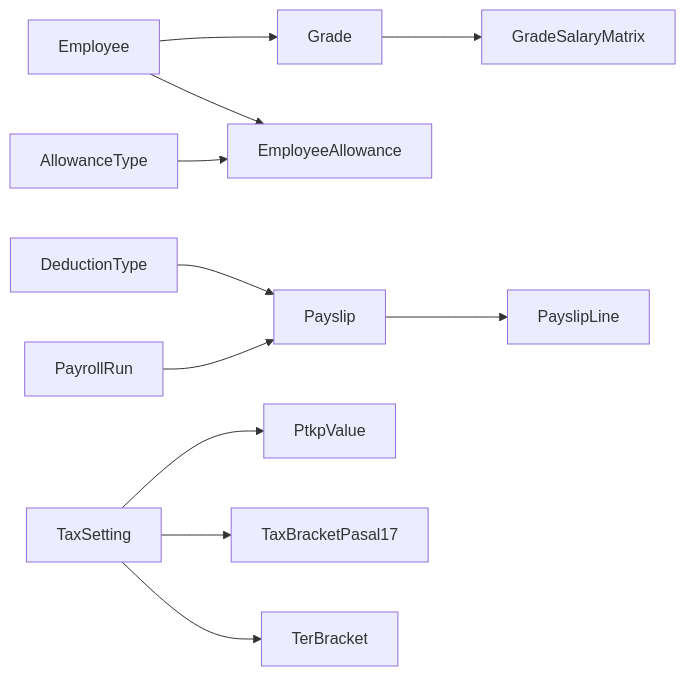
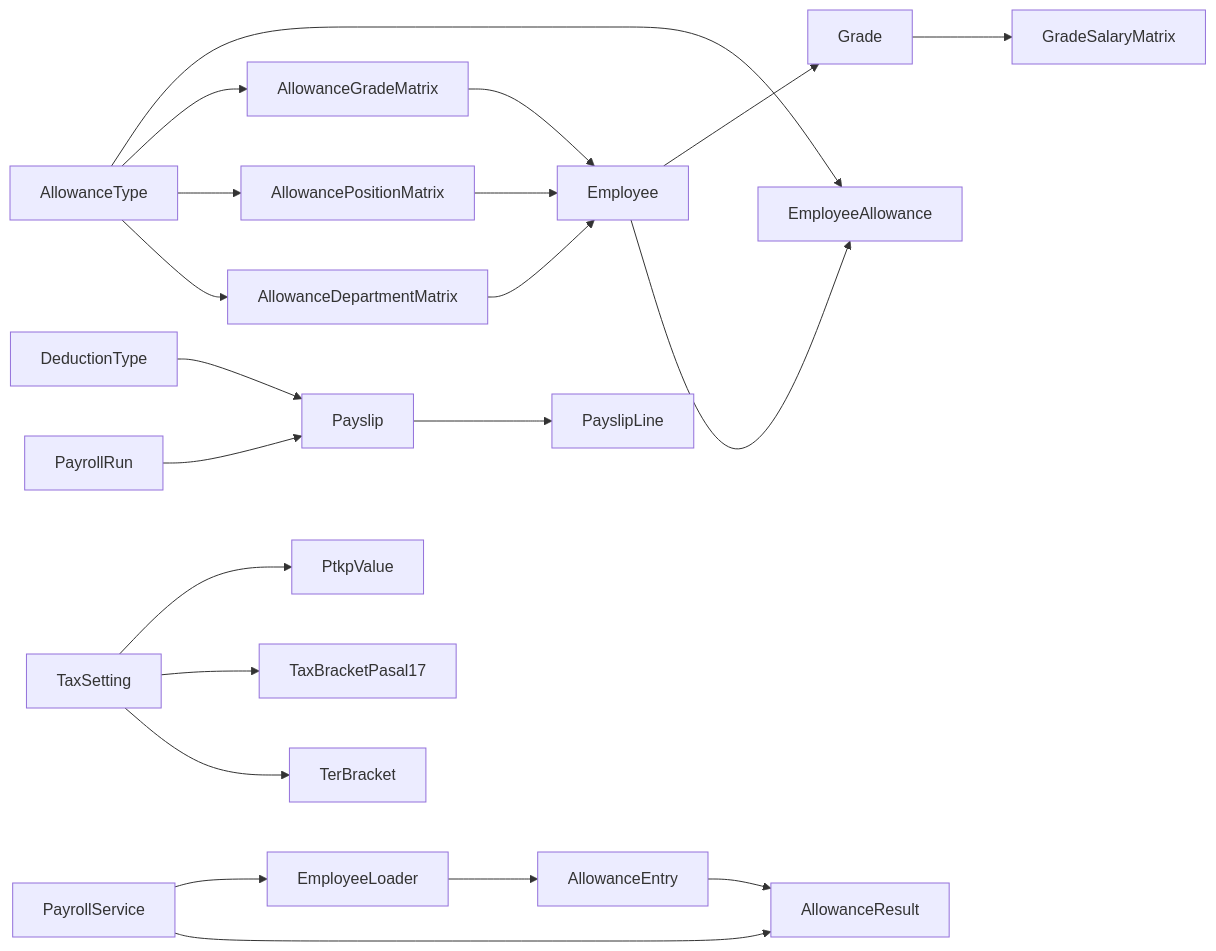
One commit to bikinaplikasipakeqoder-dot/payroll-hris changed the fourth of 4 diagrams in .qoder/repowiki/en/content/Salary & Compensation.md. Above: the diagram before and after it, drawn with Mermaid. The commit also changed other lines of this file and 22 other files, not shown here.

````diff
--- a/.qoder/repowiki/en/content/Salary & Compensation.md
+++ b/.qoder/repowiki/en/content/Salary & Compensation.md
@@ -461,13 +560,23 @@
 ```mermaid
 graph LR
 Grade --> GradeSalaryMatrix
 Employee --> Grade
 Employee --> EmployeeAllowance
 AllowanceType --> EmployeeAllowance
+AllowanceType --> AllowanceGradeMatrix
+AllowanceType --> AllowancePositionMatrix
+AllowanceType --> AllowanceDepartmentMatrix
+AllowanceGradeMatrix --> Employee
+AllowancePositionMatrix --> Employee
+AllowanceDepartmentMatrix --> Employee
 DeductionType --> Payslip
 PayrollRun --> Payslip
 Payslip --> PayslipLine
 TaxSetting --> PtkpValue
 TaxSetting --> TaxBracketPasal17
 TaxSetting --> TerBracket
+AllowanceEntry --> AllowanceResult
+EmployeeLoader --> AllowanceEntry
+PayrollService --> EmployeeLoader
+PayrollService --> AllowanceResult
 ```
````
